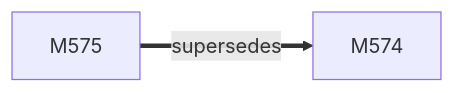
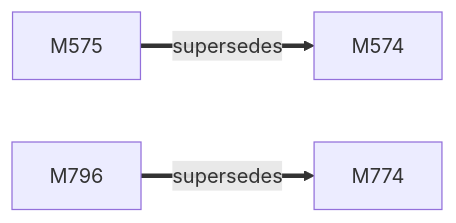
The first of 2 diagrams in docs/facts/graphs/d3d.md (D-Ogi/amdgpu-wddm), drawn with Mermaid before and after one commit. The commit also changed other lines of this file and 12 other files, not shown here.

````diff
--- a/docs/facts/graphs/d3d.md
+++ b/docs/facts/graphs/d3d.md
@@ -9,7 +9,10 @@
 ```mermaid
 flowchart LR
   M574["M574"]
   M575["M575"]
+  M774["M774"]
+  M796["M796"]
   M575 ==>|supersedes| M574
+  M796 ==>|supersedes| M774
   classDef other stroke-dasharray:4 3
 ```
````
